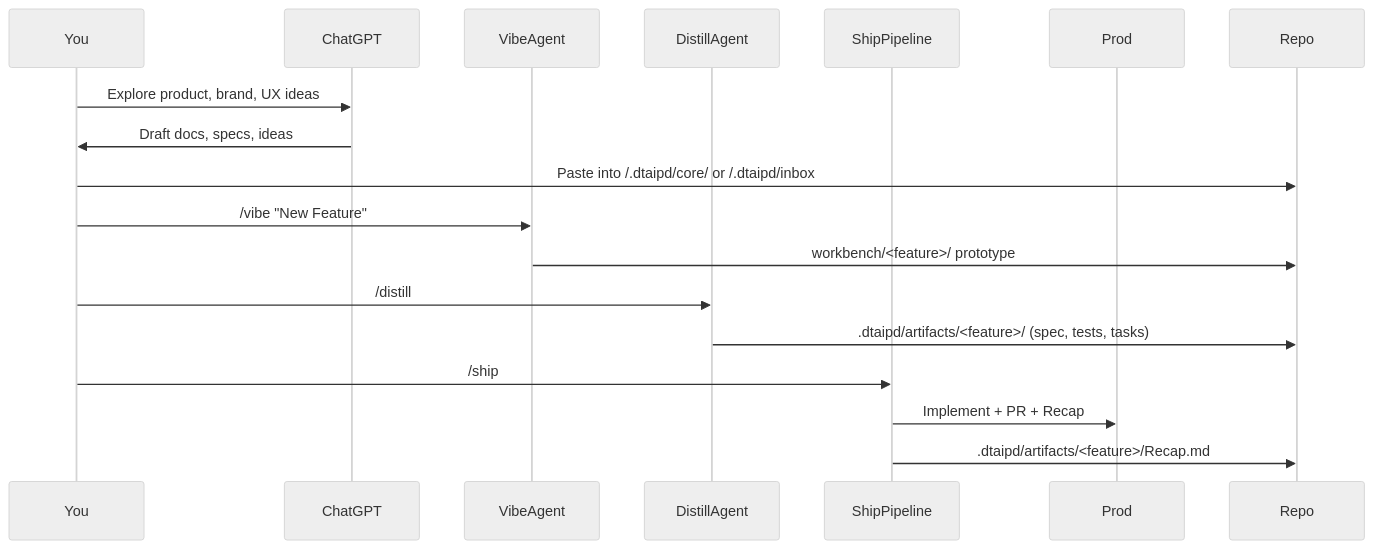
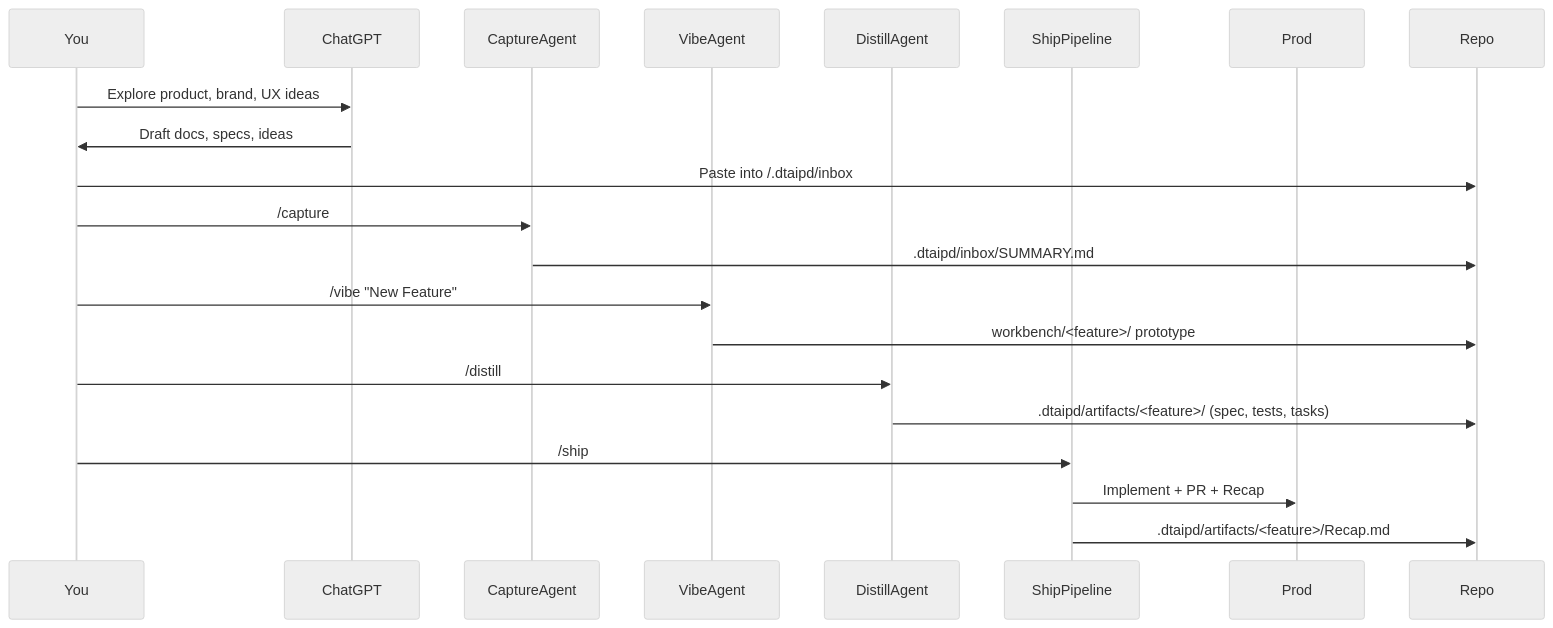
Before and after one commit to michaelhejazi/dual-track-AIPD: the second of 2 diagrams in README.md, drawn with Mermaid (neutral theme). The commit also changed other lines of this file, not shown here.

````diff
--- a/README.md
+++ b/README.md
@@ -142,20 +143,23 @@
 ```mermaid
 sequenceDiagram
     participant You
     participant ChatGPT
+    participant CaptureAgent
     participant VibeAgent
     participant DistillAgent
     participant ShipPipeline
     participant Prod
 
     You->>ChatGPT: Explore product, brand, UX ideas
     ChatGPT->>You: Draft docs, specs, ideas
-    You->>Repo: Paste into /.dtaipd/core/ or /.dtaipd/inbox
+    You->>Repo: Paste into /.dtaipd/inbox
+    You->>CaptureAgent: /capture
+    CaptureAgent->>Repo: .dtaipd/inbox/SUMMARY.md
     You->>VibeAgent: /vibe "New Feature"
     VibeAgent->>Repo: workbench/<feature>/ prototype
     You->>DistillAgent: /distill
     DistillAgent->>Repo: .dtaipd/artifacts/<feature>/ (spec, tests, tasks)
     You->>ShipPipeline: /ship
     ShipPipeline->>Prod: Implement + PR + Recap
     ShipPipeline->>Repo: .dtaipd/artifacts/<feature>/Recap.md
 ```
````
